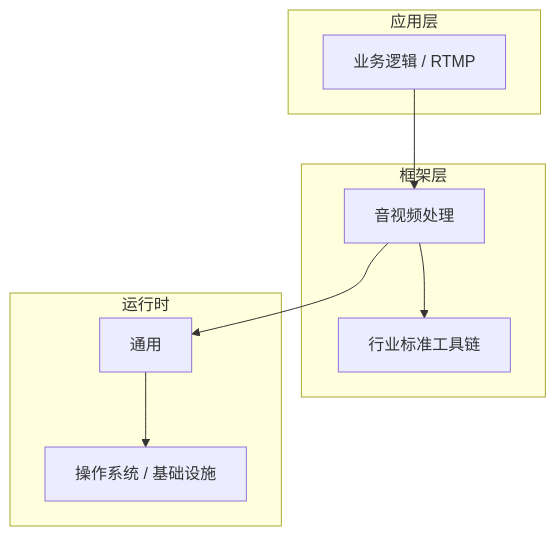
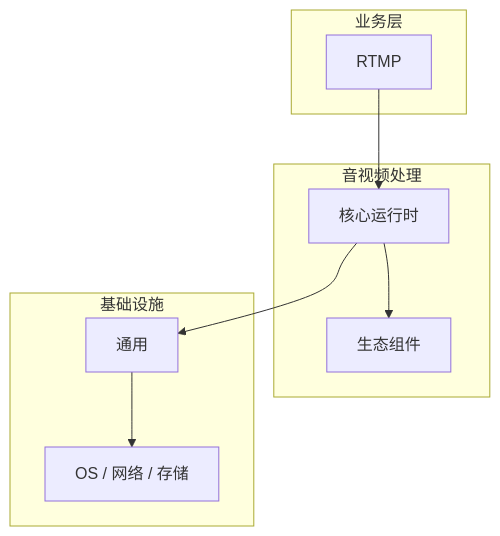
The diagram in articles/音视频处理/chapters/051-RTMP核心概念与原理.md (yanggan2015/knowledge-json-v2), drawn with Mermaid before and after one commit. The commit also changed other lines of this file and 10127 other files, not shown here.

````diff
--- a/articles/音视频处理/chapters/051-RTMP核心概念与原理.md
+++ b/articles/音视频处理/chapters/051-RTMP核心概念与原理.md
@@ -45,18 +30,18 @@
 ```mermaid
 graph TB
-    subgraph 应用层
-        A[业务逻辑 / RTMP]
+    subgraph 业务层
+        A[RTMP]
     end
-    subgraph 框架层
-        B[音视频处理]
-        C[行业标准工具链]
+    subgraph 音视频处理
+        B[核心运行时]
+        C[生态组件]
     end
-    subgraph 运行时
+    subgraph 基础设施
         D[通用]
-        E[操作系统 / 基础设施]
+        E[OS / 网络 / 存储]
     end
     A --> B
     B --> C
     B --> D
     D --> E
 ```
````
